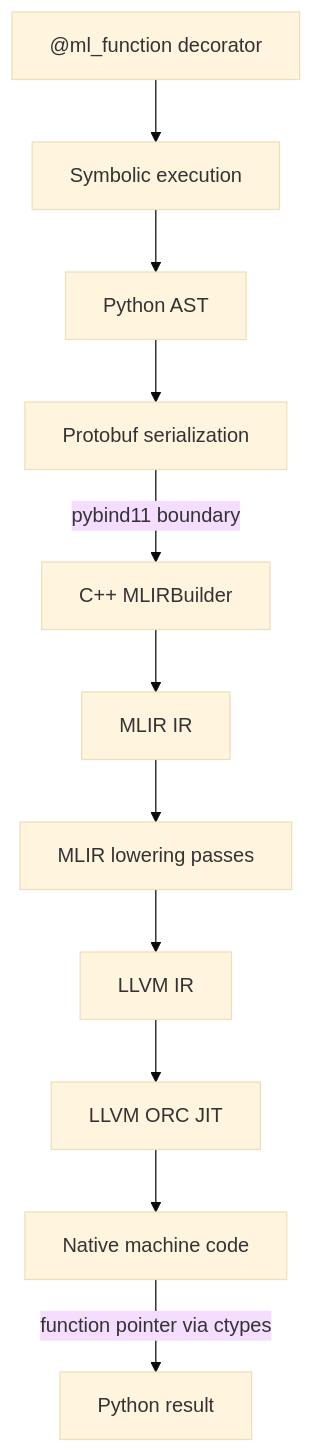
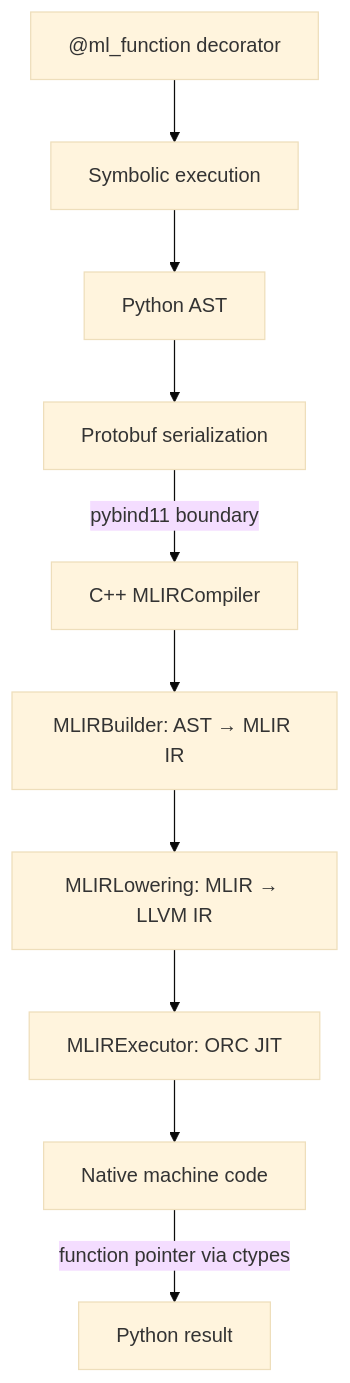
The first of 2 diagrams in ARCHITECTURE.md (lbj321/ml-edsl), drawn with Mermaid (base theme) before and after one commit. The commit also changed other lines of this file, not shown here.

Commit message:
ARCHITECTURE.md updated to conform with the new architecture

````diff
--- a/ARCHITECTURE.md
+++ b/ARCHITECTURE.md
@@ -7,13 +7,12 @@
 ```mermaid
 flowchart TD
     A["@ml_function decorator"] --> B["Symbolic execution"]
     B --> C["Python AST"]
     C --> D["Protobuf serialization"]
-    D -->|pybind11 boundary| E["C++ MLIRBuilder"]
-    E --> F["MLIR IR"]
-    F --> G["MLIR lowering passes"]
-    G --> H["LLVM IR"]
-    H --> I["LLVM ORC JIT"]
-    I --> J["Native machine code"]
-    J -->|function pointer via ctypes| K["Python result"]
+    D -->|pybind11 boundary| E["C++ MLIRCompiler"]
+    E --> F["MLIRBuilder: AST → MLIR IR"]
+    F --> G["MLIRLowering: MLIR → LLVM IR"]
+    G --> H["MLIRExecutor: ORC JIT"]
+    H --> I["Native machine code"]
+    I -->|function pointer via ctypes| J["Python result"]
 ```
````
